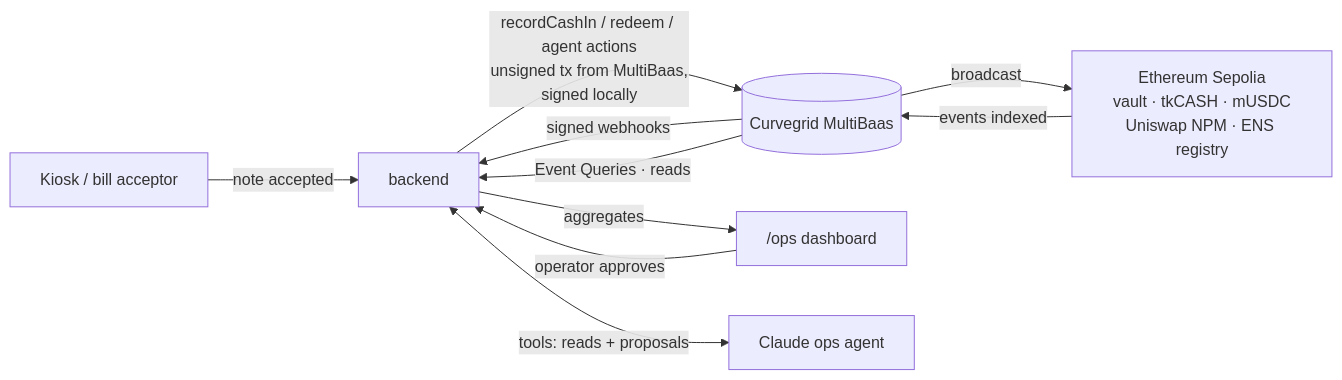
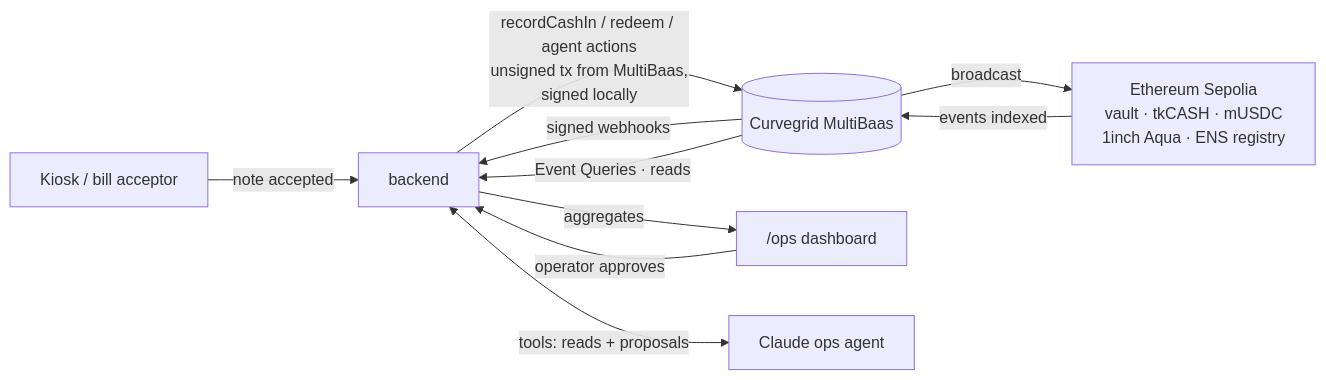
One commit to AqilJaafree/takarabako changed the first of 2 diagrams in README.md. Above: the diagram before and after it, drawn with Mermaid. The commit also changed other lines of this file and 2 other files, not shown here.

First line of the commit message:
Document the 1inch Aqua yield

````diff
--- a/README.md
+++ b/README.md
@@ -82,12 +82,12 @@
 ```mermaid
 flowchart LR
     Kiosk[Kiosk / bill acceptor] -->|note accepted| API[backend]
     API -->|recordCashIn / redeem / agent actions<br/>unsigned tx from MultiBaas,<br/>signed locally| MB[(Curvegrid MultiBaas)]
-    MB -->|broadcast| Chain[Ethereum Sepolia<br/>vault · tkCASH · mUSDC<br/>Uniswap NPM · ENS registry]
+    MB -->|broadcast| Chain[Ethereum Sepolia<br/>vault · tkCASH · mUSDC<br/>1inch Aqua · ENS registry]
     Chain -->|events indexed| MB
     MB -->|signed webhooks| API
     MB -->|Event Queries · reads| API
     API -->|aggregates| Dash["/ops dashboard"]
     API <-->|tools: reads + proposals| Agent[Claude ops agent]
     Dash -->|operator approves| API
 ```
````
